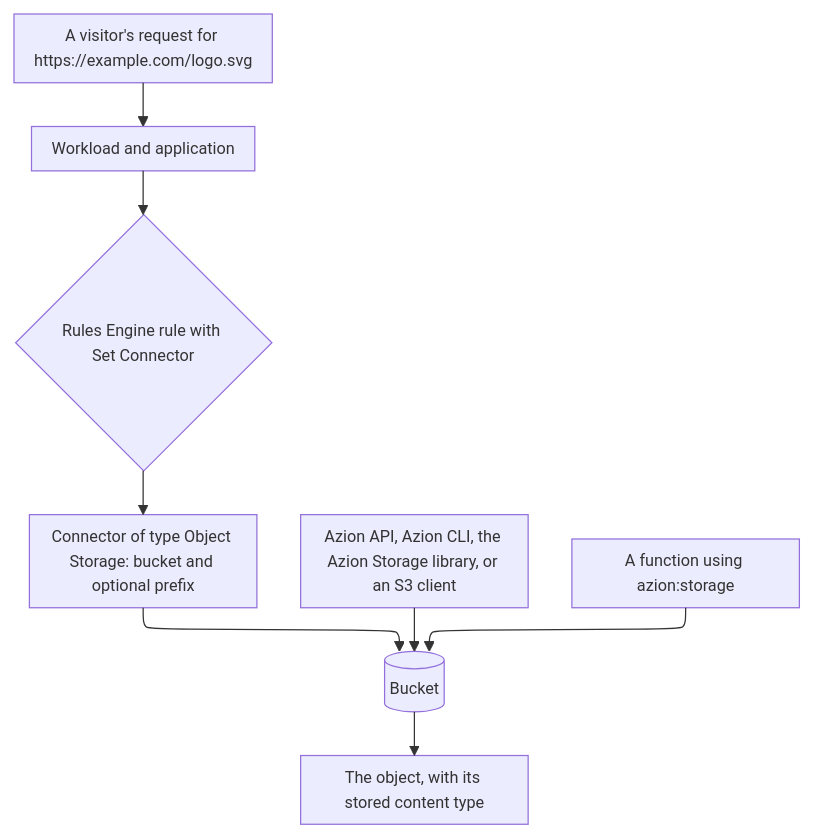
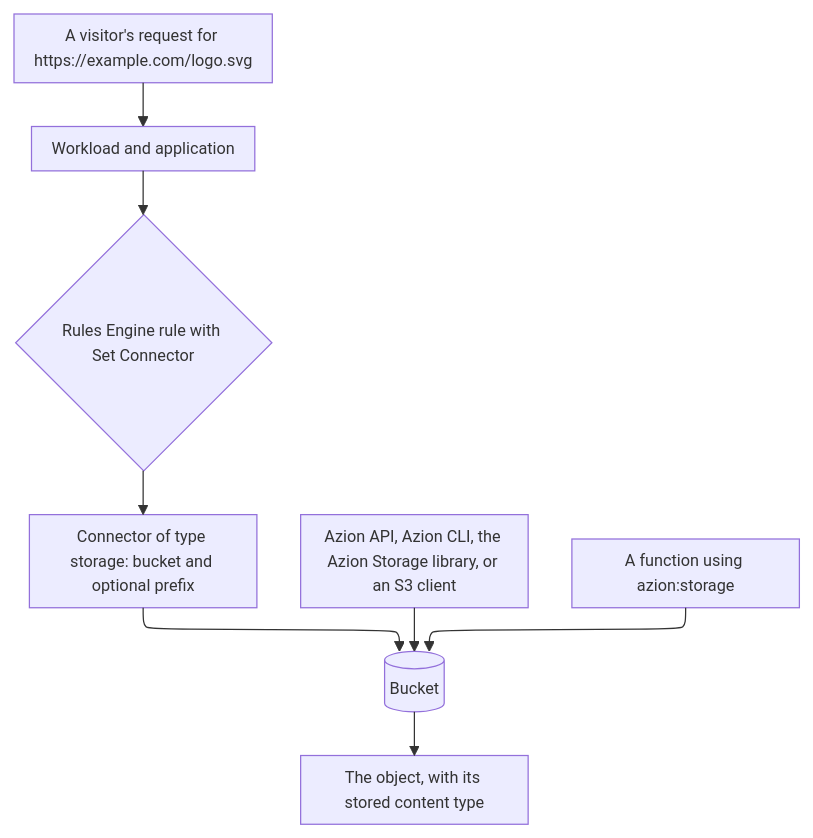
Before and after one commit to aziontech/docs: the diagram in apps/docs/src/content/docs/en/pages/main-menu/reference/store/object-storage/index.mdx, drawn with Mermaid. The commit also changed other lines of this file and 83 other files, not shown here.

````diff
--- a/apps/docs/src/content/docs/en/pages/main-menu/reference/store/object-storage/index.mdx
+++ b/apps/docs/src/content/docs/en/pages/main-menu/reference/store/object-storage/index.mdx
@@ -64,11 +64,11 @@
 ```mermaid
 %%{init: {"layout": "elk", "themeVariables": {"fontSize": "13px"}, "flowchart": {"nodeSpacing": 24, "rankSpacing": 36, "padding": 8, "wrappingWidth": 150, "useMaxWidth": true}, "sequence": {"width": 120, "actorMargin": 30, "useMaxWidth": true}}}%%
 flowchart TD
   Client["A visitor's request for https://example.com/logo.svg"] --> App["Workload and application"]
   App --> Rule{"Rules Engine rule with Set Connector"}
-  Rule --> Conn["Connector of type Object Storage: bucket and optional prefix"]
+  Rule --> Conn["Connector of type storage: bucket and optional prefix"]
   Conn --> Bucket[("Bucket")]
   Tool["Azion API, Azion CLI, the Azion Storage library, or an S3 client"] --> Bucket
   Fn["A function using azion:storage"] --> Bucket
   Bucket --> Object["The object, with its stored content type"]
 ```
````
